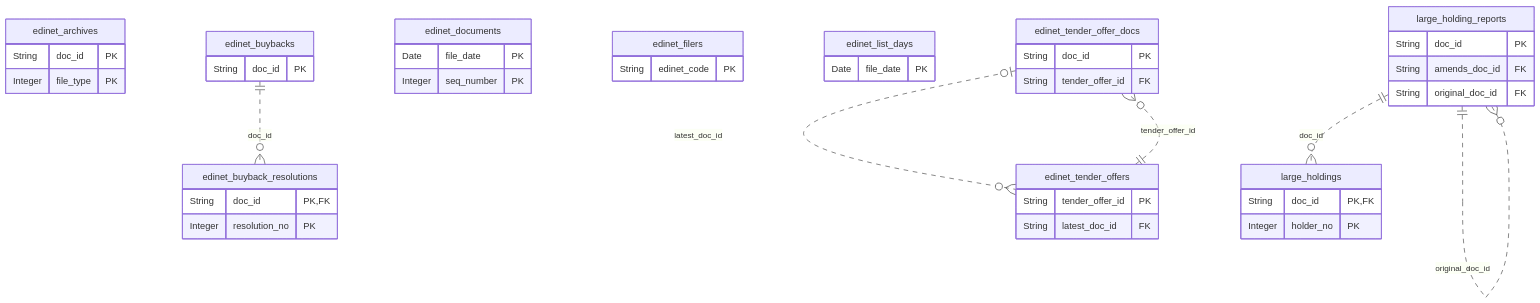
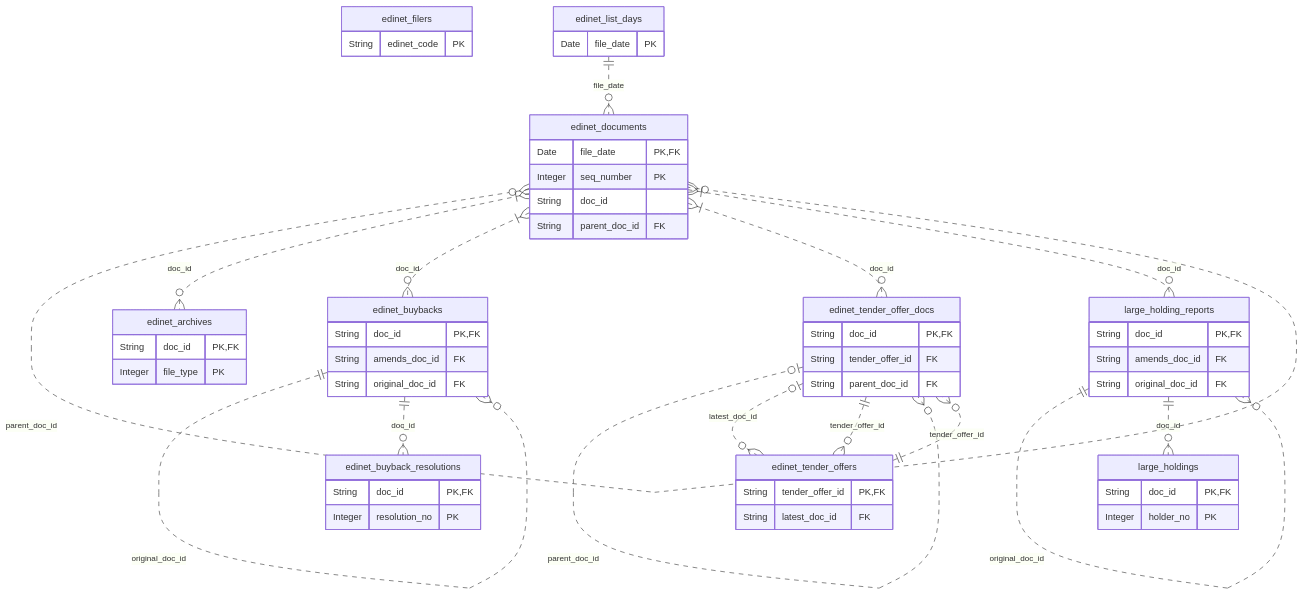
Before and after one commit to pekumirui/stock-analyzer: the diagram in docs/schema/edinet.md, drawn with Mermaid. The commit also changed other lines of this file and 11 other files, not shown here.

First line of the commit message:
improve(KAB-495): 全テーブルの参照をモデルに宣言し、複合キーの参照も 1 本の点線で ER 図に出す

````diff
--- a/docs/schema/edinet.md
+++ b/docs/schema/edinet.md
@@ -7,47 +7,62 @@
 ```mermaid
 erDiagram
   edinet_archives {
-    String doc_id PK
+    String doc_id PK, FK
     Integer file_type PK
   }
   edinet_buyback_resolutions {
     String doc_id PK, FK
     Integer resolution_no PK
   }
   edinet_buybacks {
-    String doc_id PK
+    String doc_id PK, FK
+    String amends_doc_id FK
+    String original_doc_id FK
   }
   edinet_documents {
-    Date file_date PK
+    Date file_date PK, FK
     Integer seq_number PK
+    String doc_id 
+    String parent_doc_id FK
   }
   edinet_filers {
     String edinet_code PK
   }
   edinet_list_days {
     Date file_date PK
   }
   edinet_tender_offer_docs {
-    String doc_id PK
+    String doc_id PK, FK
     String tender_offer_id FK
+    String parent_doc_id FK
   }
   edinet_tender_offers {
-    String tender_offer_id PK
+    String tender_offer_id PK, FK
     String latest_doc_id FK
   }
   large_holding_reports {
-    String doc_id PK
+    String doc_id PK, FK
     String amends_doc_id FK
     String original_doc_id FK
   }
   large_holdings {
     String doc_id PK, FK
     Integer holder_no PK
   }
+  edinet_buybacks |o..o{ edinet_buybacks : amends_doc_id
   edinet_buybacks ||..o{ edinet_buyback_resolutions : doc_id
+  edinet_buybacks ||..o{ edinet_buybacks : original_doc_id
+  edinet_documents }o..o{ edinet_documents : parent_doc_id
+  edinet_documents }|..o{ edinet_archives : doc_id
+  edinet_documents }|..o{ edinet_buybacks : doc_id
+  edinet_documents }|..o{ edinet_tender_offer_docs : doc_id
+  edinet_documents }|..o{ large_holding_reports : doc_id
+  edinet_list_days ||..o{ edinet_documents : file_date
+  edinet_tender_offer_docs |o..o{ edinet_tender_offer_docs : parent_doc_id
   edinet_tender_offer_docs |o..o{ edinet_tender_offers : latest_doc_id
+  edinet_tender_offer_docs ||..o{ edinet_tender_offers : tender_offer_id
   edinet_tender_offers ||..o{ edinet_tender_offer_docs : tender_offer_id
   large_holding_reports |o..o{ large_holding_reports : amends_doc_id
   large_holding_reports ||..o{ large_holding_reports : original_doc_id
   large_holding_reports ||..o{ large_holdings : doc_id
 ```
````
